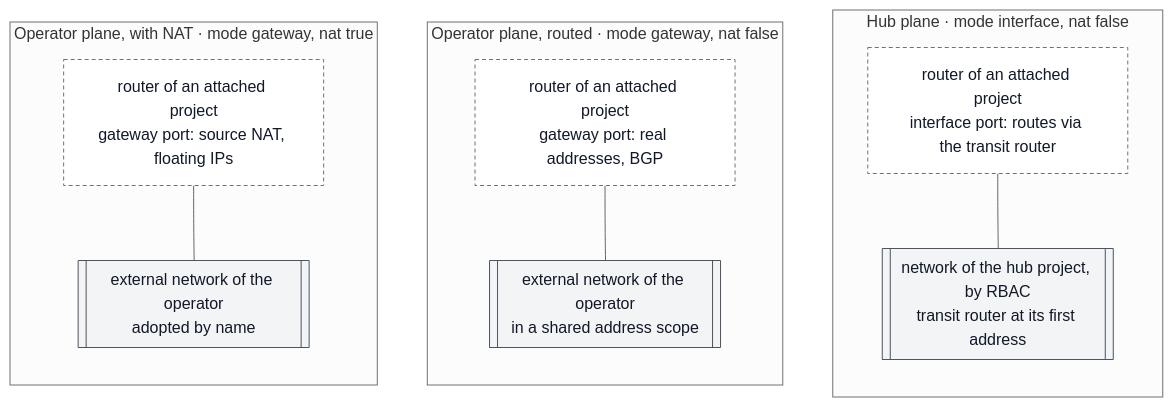
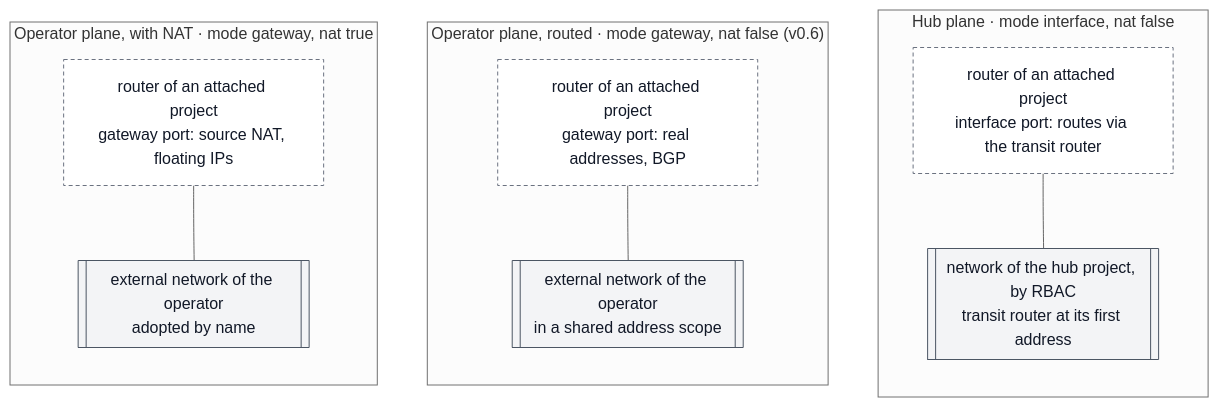
One commit to CyprisTech/openstack-multitenant-reference changed the first of 2 diagrams in stacks/shared/planes/README.md. Above: the diagram before and after it, drawn with Mermaid (neutral theme). The commit also changed other lines of this file and 45 other files, not shown here.

````diff
--- a/stacks/shared/planes/README.md
+++ b/stacks/shared/planes/README.md
@@ -14,27 +14,27 @@
 ```mermaid
 flowchart LR
     subgraph NAT["Operator plane, with NAT · mode gateway, nat true"]
         direction TB
         P1[["external network of the operator<br/>adopted by name"]]
         R1["router of an attached project<br/>gateway port: source NAT, floating IPs"]
         R1 --- P1
     end
-    subgraph RT["Operator plane, routed · mode gateway, nat false"]
+    subgraph RT["Operator plane, routed · mode gateway, nat false (v0.6)"]
         direction TB
         P2[["external network of the operator<br/>in a shared address scope"]]
         R2["router of an attached project<br/>gateway port: real addresses, BGP"]
         R2 --- P2
     end
     subgraph HUB["Hub plane · mode interface, nat false"]
         direction TB
         P3[["network of the hub project, by RBAC<br/>transit router at its first address"]]
         R3["router of an attached project<br/>interface port: routes via the transit router"]
         R3 --- P3
     end
     NAT ~~~ RT ~~~ HUB
 
     classDef plane fill:#f3f4f6,stroke:#4b5563,color:#111827
     classDef other fill:#ffffff,stroke:#6b7280,color:#111827,stroke-dasharray:4 3
     class P1,P2,P3 plane
     class R1,R2,R3 other
 ```
````
